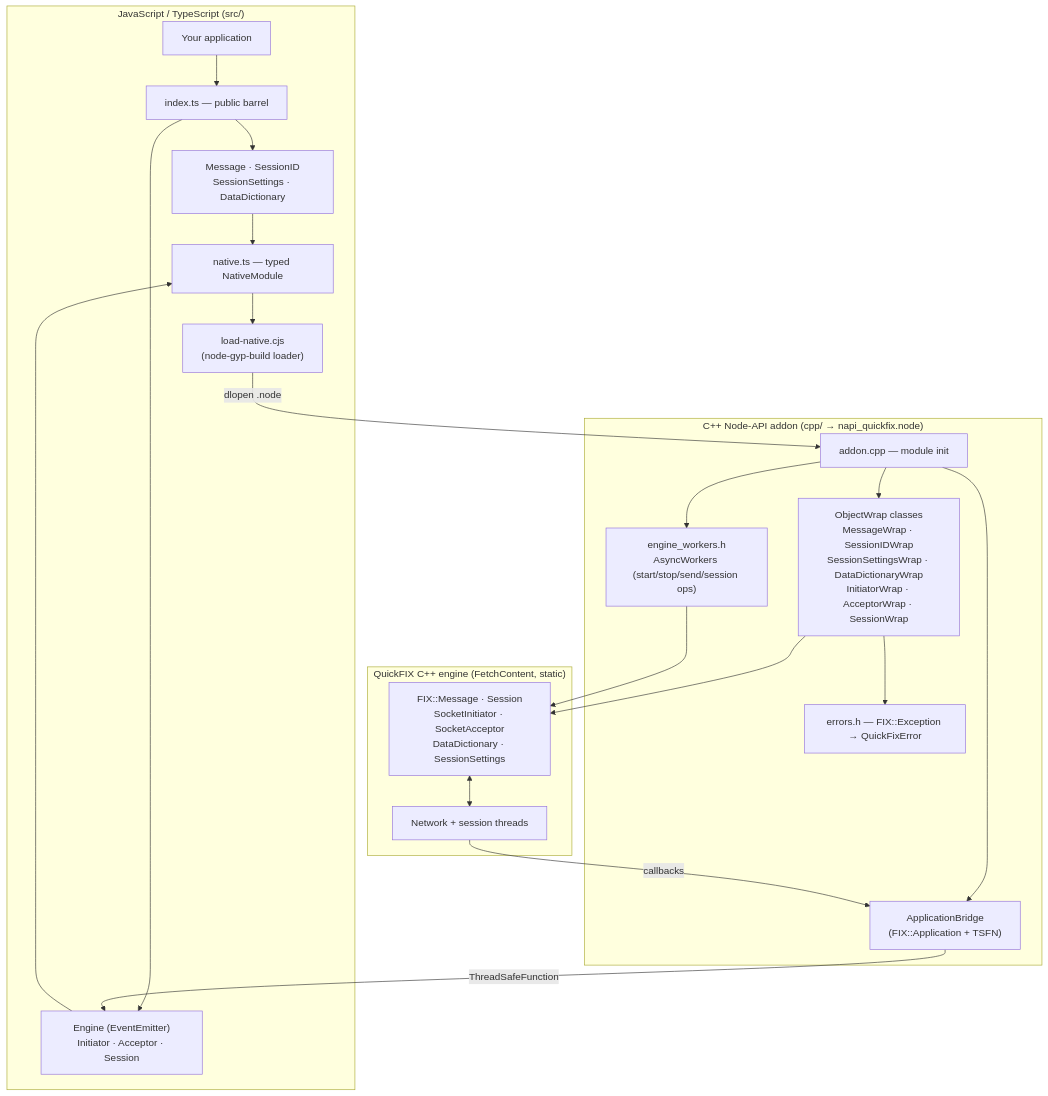
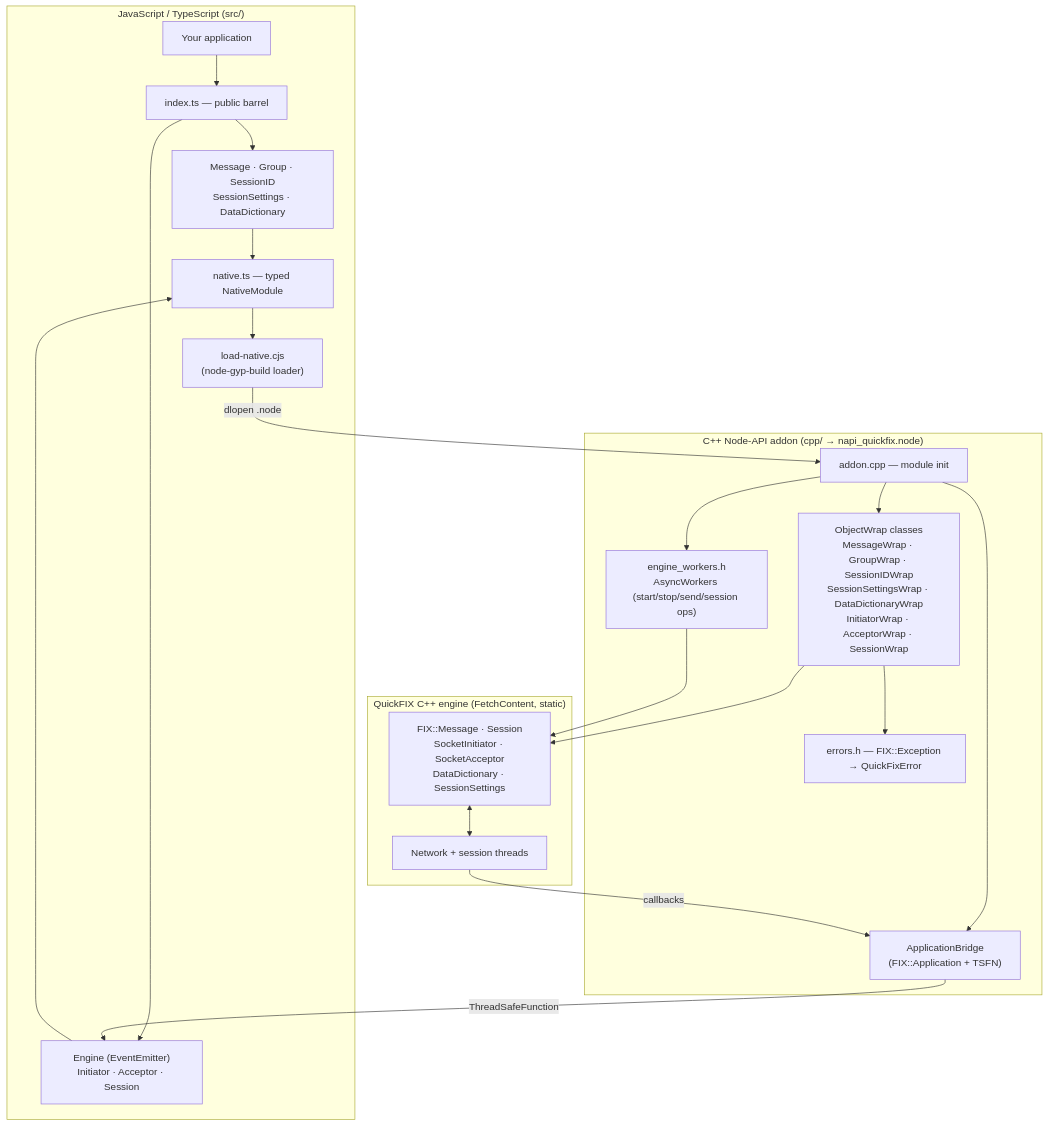
Before and after one commit to homaiohq/napi-quickfix: the first of 7 diagrams in ARCHITECTURE.md, drawn with Mermaid. The commit also changed other lines of this file and 23 other files, not shown here.

````diff
--- a/ARCHITECTURE.md
+++ b/ARCHITECTURE.md
@@ -19,36 +19,36 @@
 ```mermaid
 graph TD
   subgraph JS["JavaScript / TypeScript  (src/)"]
     APP["Your application"]
     IDX["index.ts — public barrel"]
-    MSG["Message · SessionID<br/>SessionSettings · DataDictionary"]
+    MSG["Message · Group · SessionID<br/>SessionSettings · DataDictionary"]
     ENG["Engine (EventEmitter)<br/>Initiator · Acceptor · Session"]
     NAT["native.ts — typed NativeModule"]
     LOAD["load-native.cjs<br/>(node-gyp-build loader)"]
   end
 
   subgraph ADDON["C++ Node-API addon  (cpp/ → napi_quickfix.node)"]
     REG["addon.cpp — module init"]
-    WRAPS["ObjectWrap classes<br/>MessageWrap · SessionIDWrap<br/>SessionSettingsWrap · DataDictionaryWrap<br/>InitiatorWrap · AcceptorWrap · SessionWrap"]
+    WRAPS["ObjectWrap classes<br/>MessageWrap · GroupWrap · SessionIDWrap<br/>SessionSettingsWrap · DataDictionaryWrap<br/>InitiatorWrap · AcceptorWrap · SessionWrap"]
     BRIDGE["ApplicationBridge<br/>(FIX::Application + TSFN)"]
     WORKERS["engine_workers.h<br/>AsyncWorkers (start/stop/send/session ops)"]
     ERR["errors.h — FIX::Exception → QuickFixError"]
   end
 
   subgraph QF["QuickFIX C++ engine  (FetchContent, static)"]
     CORE["FIX::Message · Session<br/>SocketInitiator · SocketAcceptor<br/>DataDictionary · SessionSettings"]
     NET["Network + session threads"]
   end
 
   APP --> IDX --> MSG & ENG
   MSG --> NAT
   ENG --> NAT
   NAT --> LOAD -->|"dlopen .node"| REG
   REG --> WRAPS & BRIDGE & WORKERS
   WRAPS --> ERR
   WRAPS --> CORE
   WORKERS --> CORE
   CORE <--> NET
   NET -->|"callbacks"| BRIDGE
   BRIDGE -->|"ThreadSafeFunction"| ENG
 ```
````
